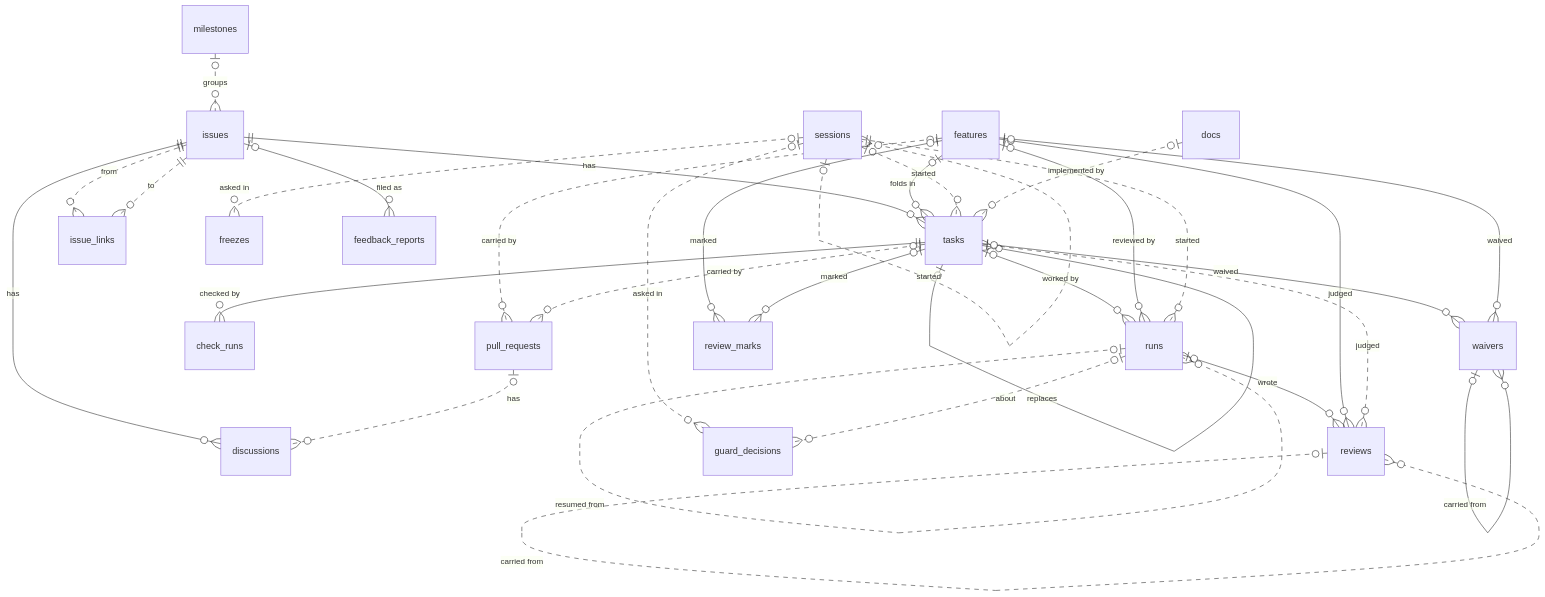
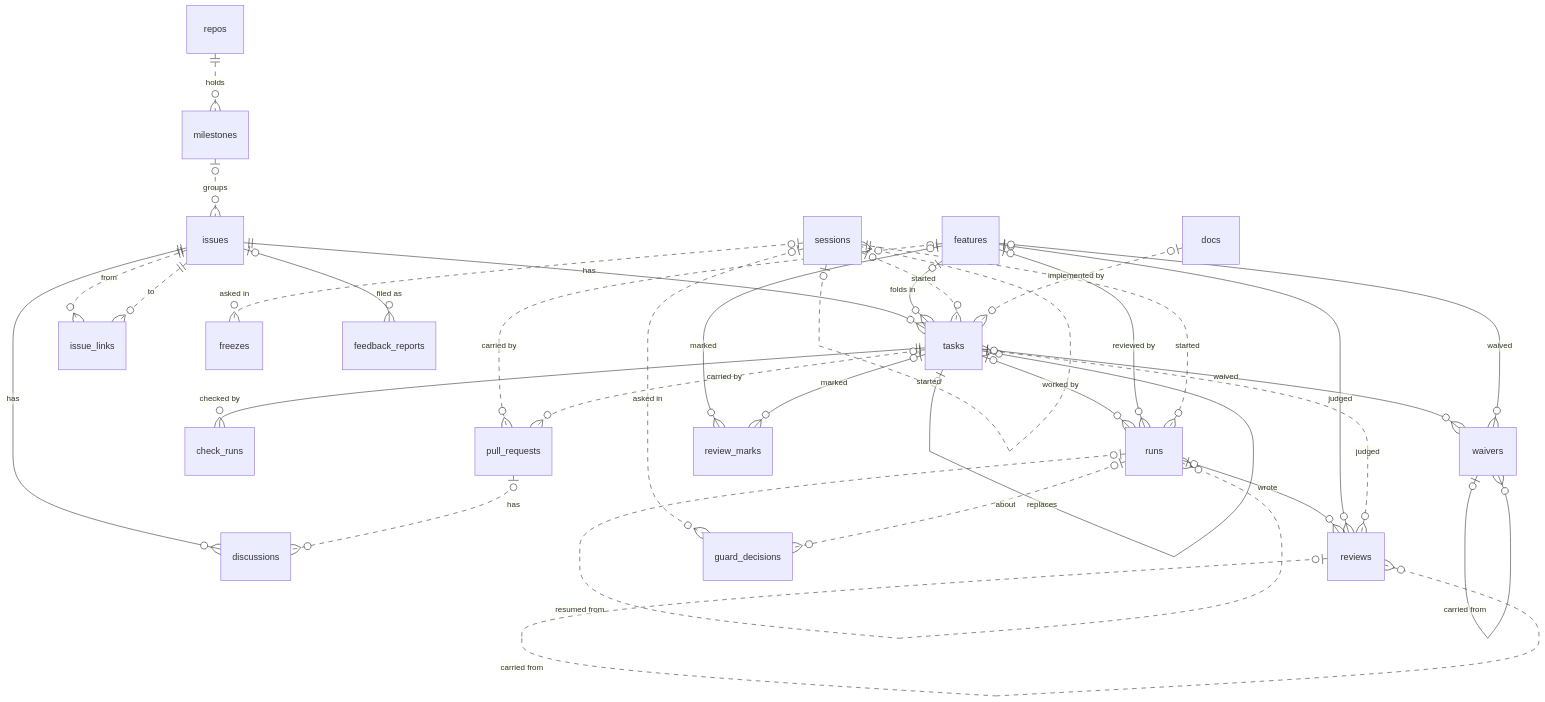
One commit to trustmybot/tmb changed diagram 11 of 12 in docs/architecture/TRAJECTORY.md. Above: the diagram before and after it, drawn with Mermaid. The commit also changed other lines of this file and 8 other files, not shown here.

````diff
--- a/docs/architecture/TRAJECTORY.md
+++ b/docs/architecture/TRAJECTORY.md
@@ -372,34 +372,35 @@
 ```mermaid
 erDiagram
     issues ||--o{ tasks : "has"
     issues ||--o{ discussions : "has"
     features |o--o{ tasks : "folds in"
     tasks |o--o{ tasks : "replaces"
     tasks |o--o{ runs : "worked by"
     features |o--o{ runs : "reviewed by"
     tasks ||--o{ check_runs : "checked by"
     runs |o--o{ reviews : "wrote"
     features |o--o{ reviews : "judged"
     tasks |o..o{ reviews : "judged"
     reviews |o..o{ reviews : "carried from"
     milestones |o..o{ issues : "groups"
+    repos ||..o{ milestones : "holds"
     issues ||..o{ issue_links : "from"
     issues ||..o{ issue_links : "to"
     pull_requests |o..o{ discussions : "has"
     features |o..o{ pull_requests : "carried by"
     tasks |o..o{ pull_requests : "carried by"
     sessions |o..o{ sessions : "started"
     sessions ||..o{ runs : "started"
     sessions |o..o{ tasks : "started"
     sessions |o..o{ guard_decisions : "asked in"
     runs |o..o{ runs : "resumed from"
     runs |o..o{ guard_decisions : "about"
     docs |o..o{ tasks : "implemented by"
     tasks |o--o{ waivers : "waived"
     features |o--o{ waivers : "waived"
     features |o--o{ review_marks : "marked"
     tasks |o--o{ review_marks : "marked"
     waivers |o--o{ waivers : "carried from"
     sessions |o..o{ freezes : "asked in"
     issues |o--o{ feedback_reports : "filed as"
 ```
````
